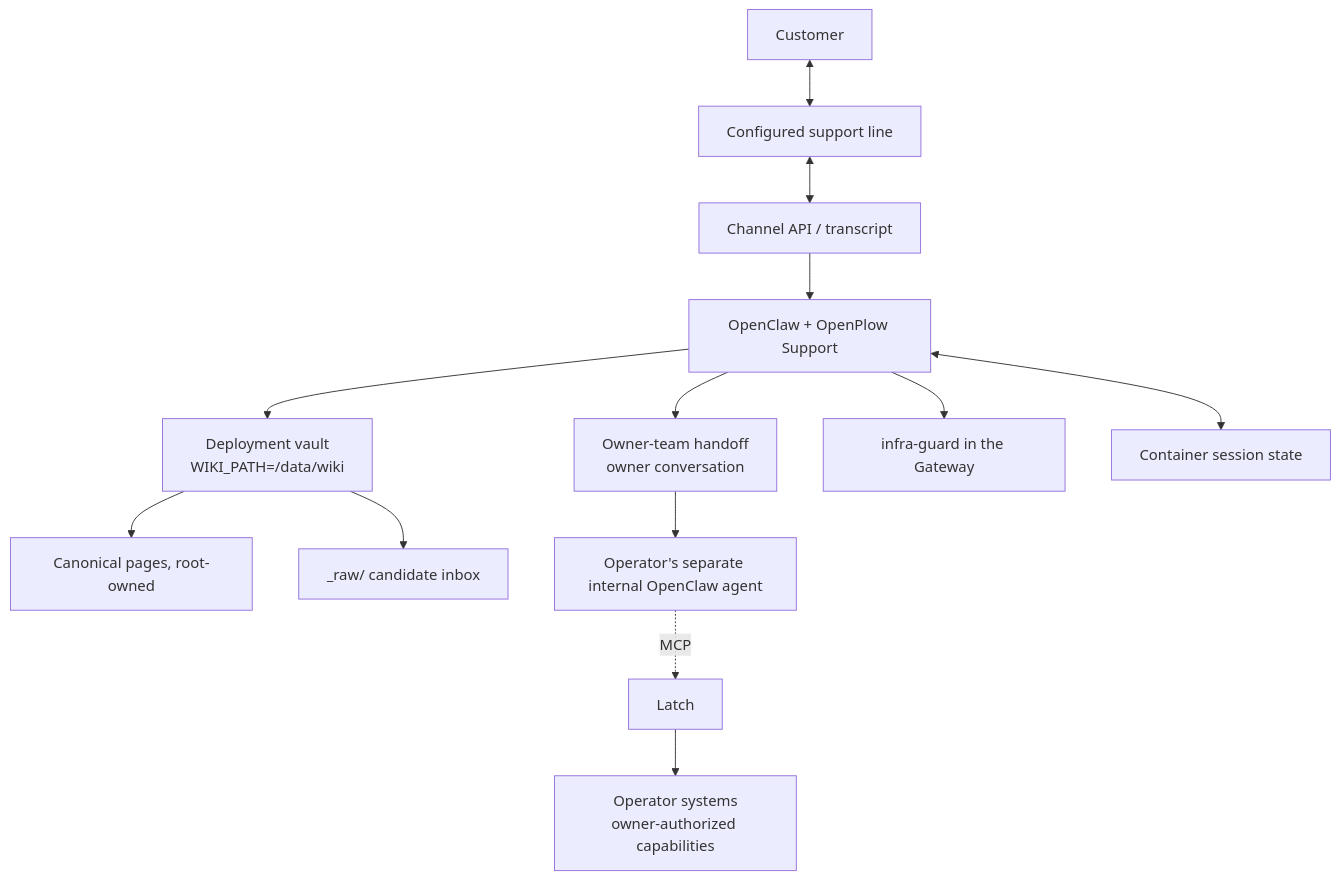
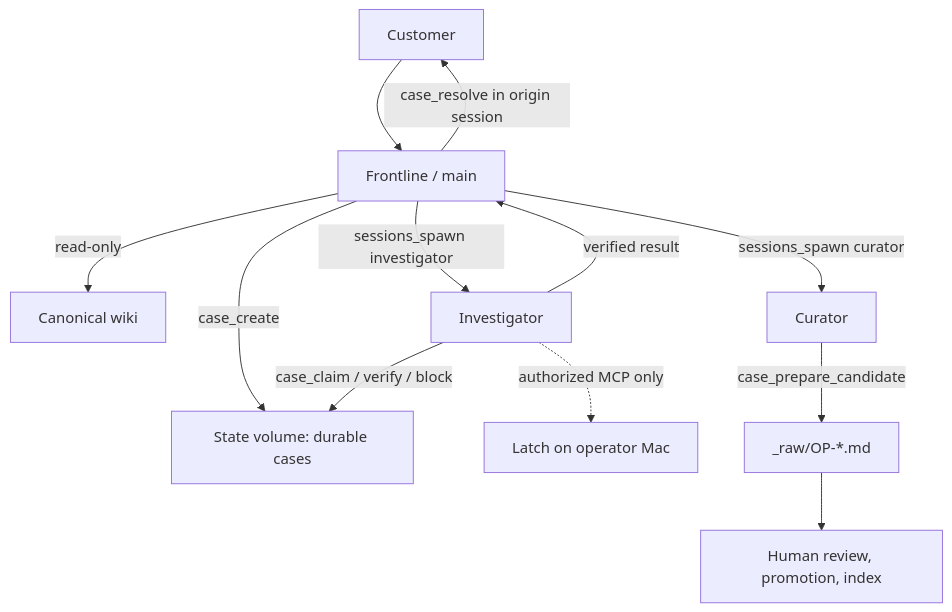
Before and after one commit to kumanaya/openplow: the diagram in docs/architecture.md, drawn with Mermaid. The commit also changed other lines of this file and 27 other files, not shown here.

Commit message:
feat(support): add durable multi-agent case workflow

````diff
--- a/docs/architecture.md
+++ b/docs/architecture.md
@@ -9,15 +6,14 @@
 ```mermaid
 flowchart TB
-  C[Customer] <--> P[Configured support line]
-  P <--> T[Channel API / transcript]
-  T --> O[OpenClaw + OpenPlow Support]
-  O --> W[Deployment vault<br/>WIKI_PATH=/data/wiki]
-  W --> K[Canonical pages, root-owned]
-  W --> R[_raw/ candidate inbox]
-  O --> H[Owner-team handoff<br/>owner conversation]
-  H --> I[Operator's separate internal OpenClaw agent]
-  I -. MCP .-> L[Latch]
-  L --> F[Operator systems<br/>owner-authorized capabilities]
-  O --> G[infra-guard in the Gateway]
-  O <--> V[Container session state]
+  C[Customer] --> F[Frontline / main]
+  F -->|read-only| W[Canonical wiki]
+  F -->|case_create| S[State volume: durable cases]
+  F -->|sessions_spawn investigator| I[Investigator]
+  I -->|case_claim / verify / block| S
+  I -. authorized MCP only .-> L[Latch on operator Mac]
+  I -->|verified result| F
+  F -->|case_resolve in origin session| C
+  F -->|sessions_spawn curator| U[Curator]
+  U -->|case_prepare_candidate| R[_raw/OP-*.md]
+  R --> H[Human review, promotion, index]
 ```
````
